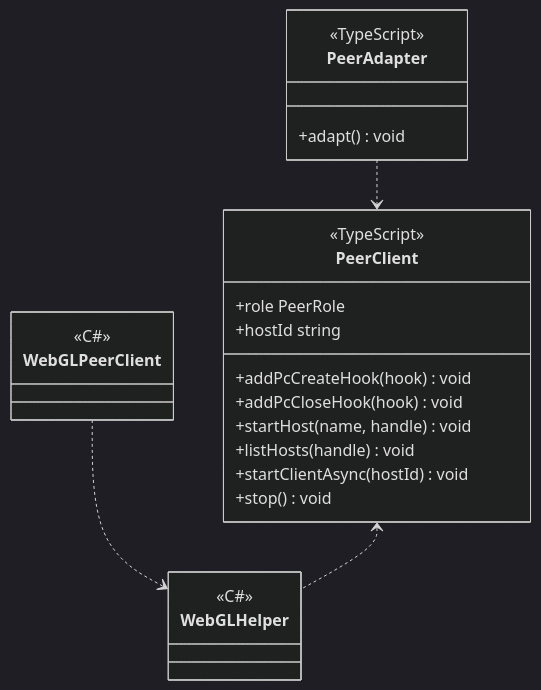
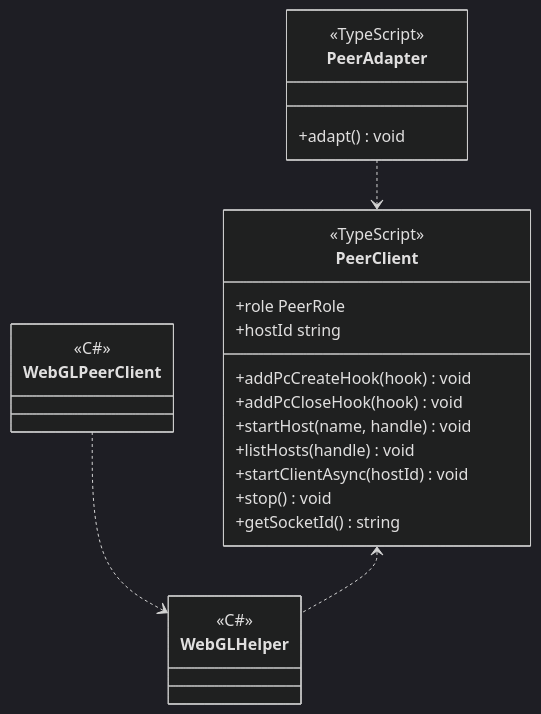
One commit to extreal-dev/Extreal.Guide changed the second of 3 diagrams in docs/integration/p2p.webrtc.md. Above: the diagram before and after it, drawn with Mermaid (dark theme). The commit also changed other lines of this file and 3 other files, not shown here.

````diff
--- a/docs/integration/p2p.webrtc.md
+++ b/docs/integration/p2p.webrtc.md
@@ -66,32 +68,33 @@
 ```mermaid
 classDiagram
 
     WebGLPeerClient ..> WebGLHelper  
     PeerClient <.. WebGLHelper  
     PeerAdapter ..> PeerClient
 
     class WebGLPeerClient {
         <<C#>>
     }
     
     class WebGLHelper {
         <<C#>>
     }
 
     class PeerAdapter {
         <<TypeScript>>
         +adapt() void
     }
     
     class PeerClient {
         <<TypeScript>>
         +role PeerRole
         +hostId string
         +addPcCreateHook(hook) void
         +addPcCloseHook(hook) void
         +startHost(name, handle) void
         +listHosts(handle) void
         +startClientAsync(hostId) void
         +stop() void
+        +getSocketId() string
     }
 ```
````
